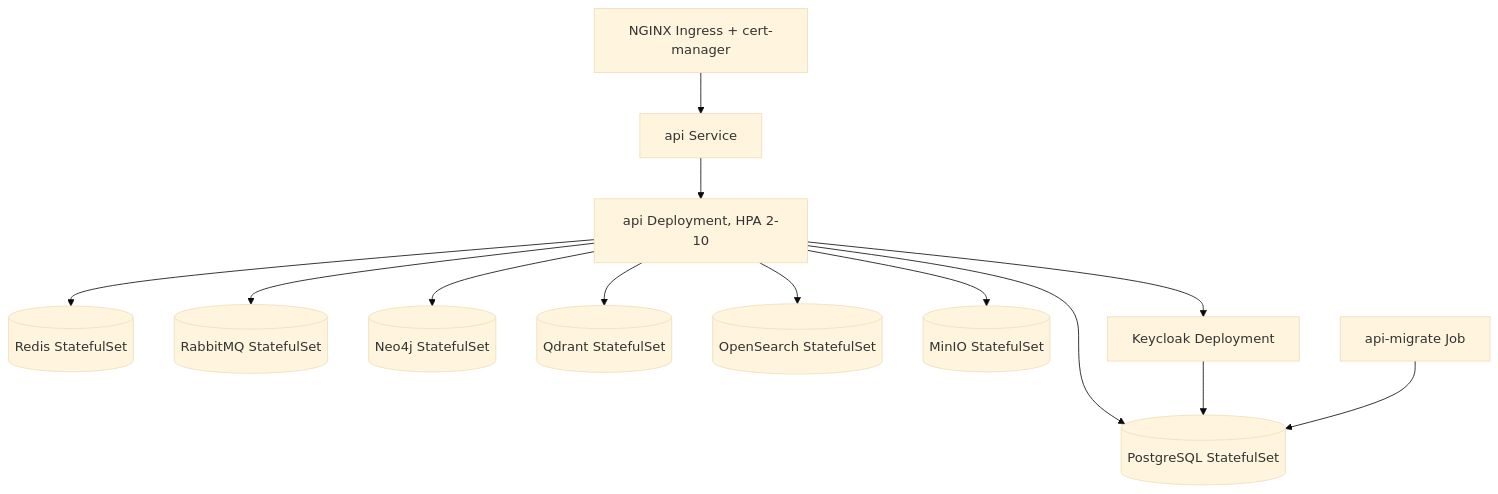
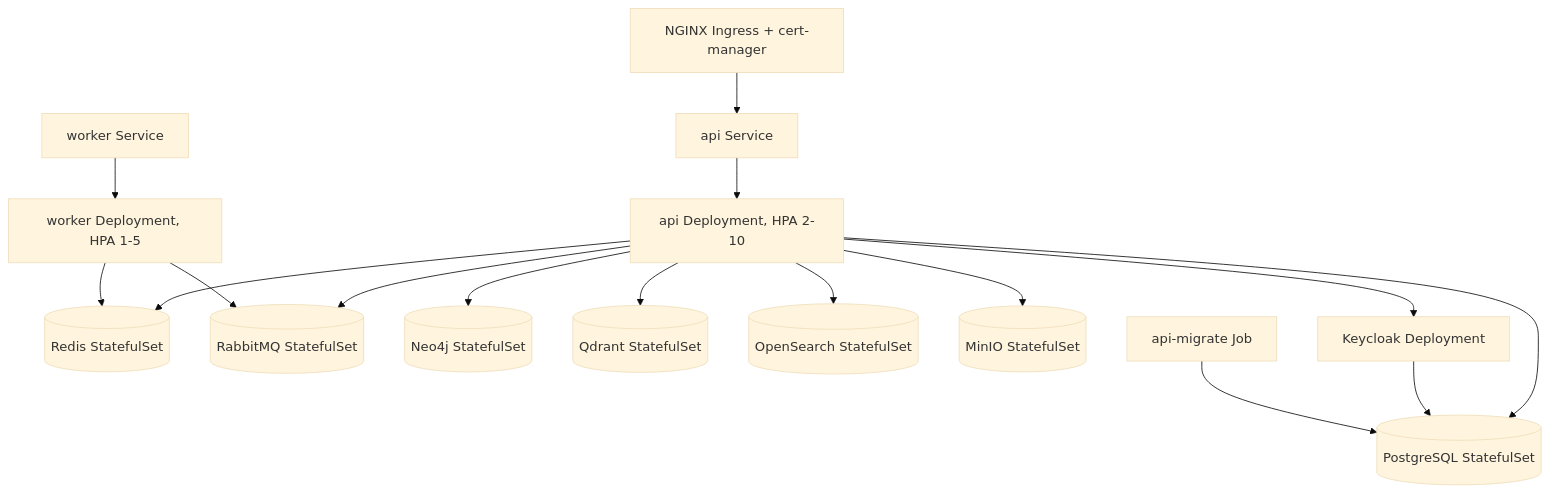
The diagram in infrastructure/kubernetes/README.md (Carlos05-code/AI-Operation-copilot-for-SMBs), drawn with Mermaid (base theme) before and after one commit. The commit also changed other lines of this file and 17 other files, not shown here.

First line of the commit message:
feat(k8s): worker Deployment (second bootstrap, no HTTP listener)

````diff
--- a/infrastructure/kubernetes/README.md
+++ b/infrastructure/kubernetes/README.md
@@ -9,15 +9,18 @@
 ```mermaid
 flowchart TB
     IN[NGINX Ingress + cert-manager] --> SVC[api Service]
     SVC --> API[api Deployment, HPA 2-10]
+    WSVC[worker Service] --> WRK[worker Deployment, HPA 1-5]
     API --> PG[(PostgreSQL StatefulSet)]
     API --> RED[(Redis StatefulSet)]
     API --> RMQ[(RabbitMQ StatefulSet)]
     API --> NEO[(Neo4j StatefulSet)]
     API --> QDR[(Qdrant StatefulSet)]
     API --> OS[(OpenSearch StatefulSet)]
     API --> MIN[(MinIO StatefulSet)]
     API --> KC[Keycloak Deployment]
+    WRK --> RED
+    WRK --> RMQ
     KC --> PG
     MIG[api-migrate Job] --> PG
 ```
````
